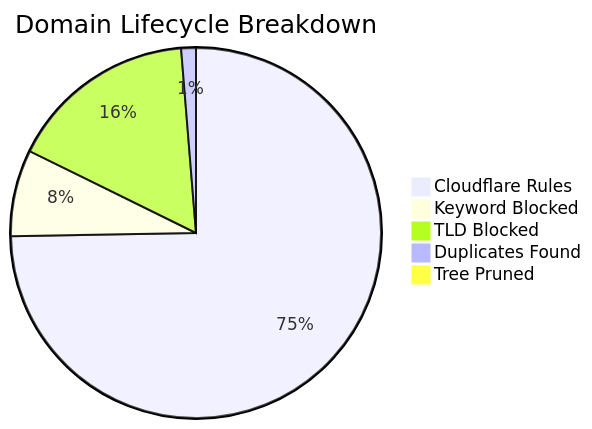
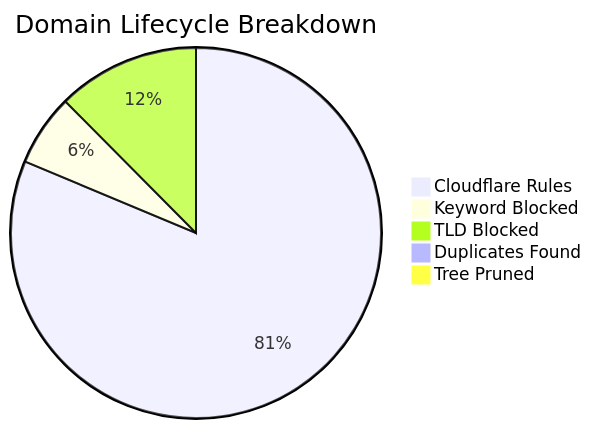
One commit to brojangles24/Cloudflare-ZeroTrust-AdBlock changed the diagram in README_STATS.md. Above: the diagram before and after it, drawn with Mermaid. The commit also changed other lines of this file and 1 other file, not shown here.

````diff
--- a/README_STATS.md
+++ b/README_STATS.md
@@ -5,8 +5,8 @@
 ```mermaid
 pie title Domain Lifecycle Breakdown
-    "Cloudflare Rules" : 255079
-    "Keyword Blocked" : 25843
-    "TLD Blocked" : 56105
-    "Duplicates Found" : 4392
-    "Tree Pruned" : 707
+    "Cloudflare Rules" : 345022
+    "Keyword Blocked" : 26534
+    "TLD Blocked" : 52795
+    "Duplicates Found" : 1232
+    "Tree Pruned" : 943
 ```
````
